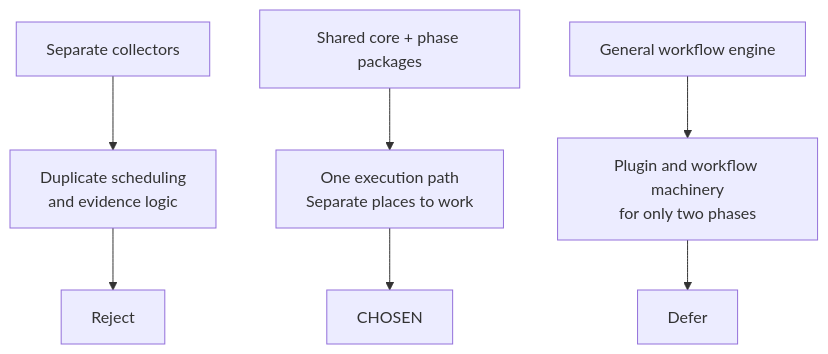
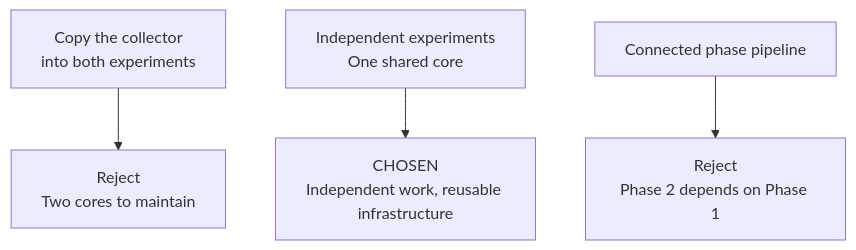
Before and after one commit to AI4Collaboration/SwarmHarm: the second of 5 diagrams in docs/architecture/shared-core-and-phases.md, drawn with Mermaid. The commit also changed other lines of this file and 3 other files, not shown here.

Commit message:
Design Phase 2 as an independent experiment using shared infrastructure

````diff
--- a/docs/architecture/shared-core-and-phases.md
+++ b/docs/architecture/shared-core-and-phases.md
@@ -26,9 +26,6 @@
 ```mermaid
 flowchart TB
-    A["Separate collectors"] --> A1["Duplicate scheduling<br/>and evidence logic"]
-    A1 --> A2["Reject"]
-    B["Shared core + phase packages"] --> B1["One execution path<br/>Separate places to work"]
-    B1 --> B2["CHOSEN"]
-    D["General workflow engine"] --> D1["Plugin and workflow machinery<br/>for only two phases"]
-    D1 --> D2["Defer"]
+    A["Copy the collector<br/>into both experiments"] --> A1["Reject<br/>Two cores to maintain"]
+    B["Independent experiments<br/>One shared core"] --> B1["CHOSEN<br/>Independent work, reusable infrastructure"]
+    D["Connected phase pipeline"] --> D1["Reject<br/>Phase 2 depends on Phase 1"]
 ```
````
